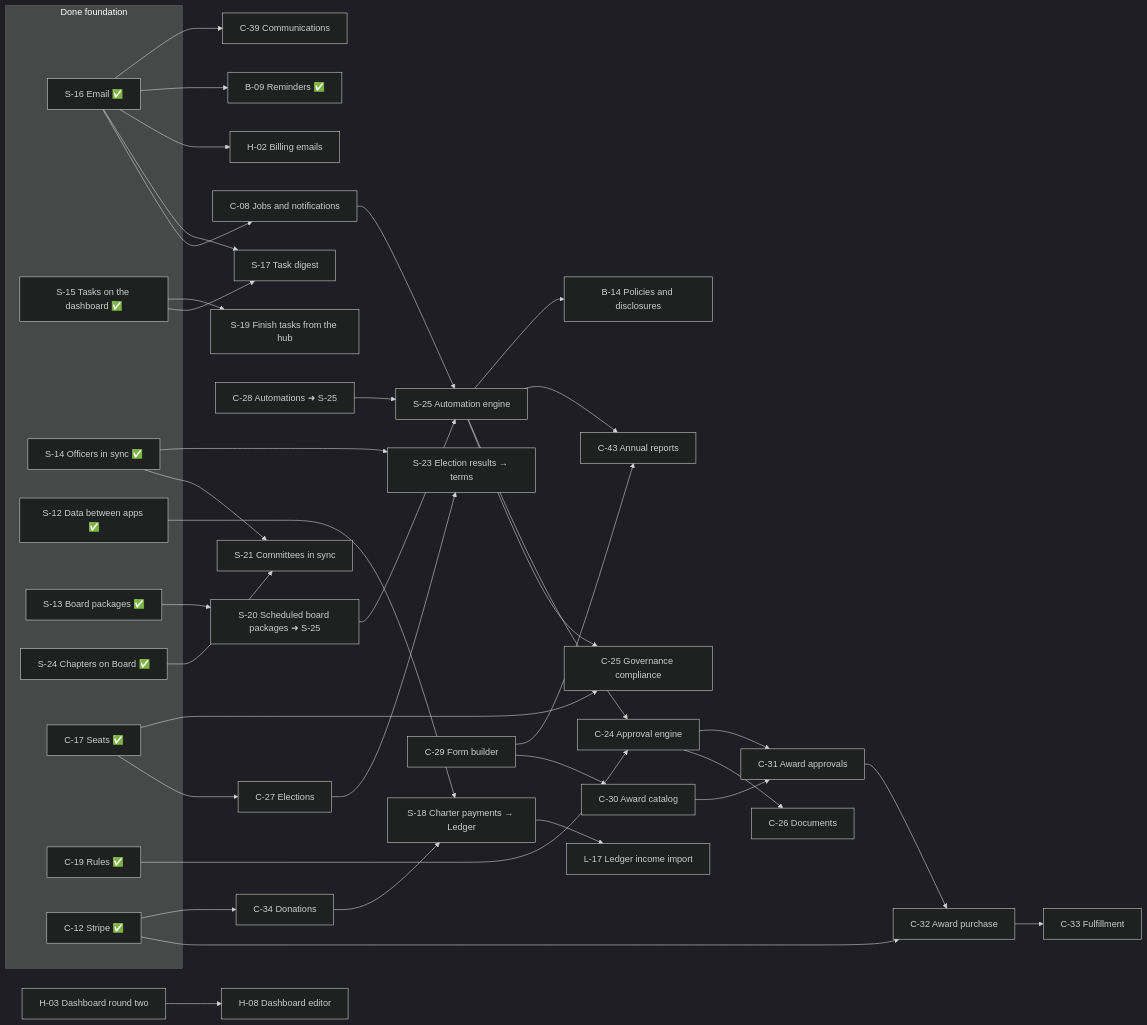
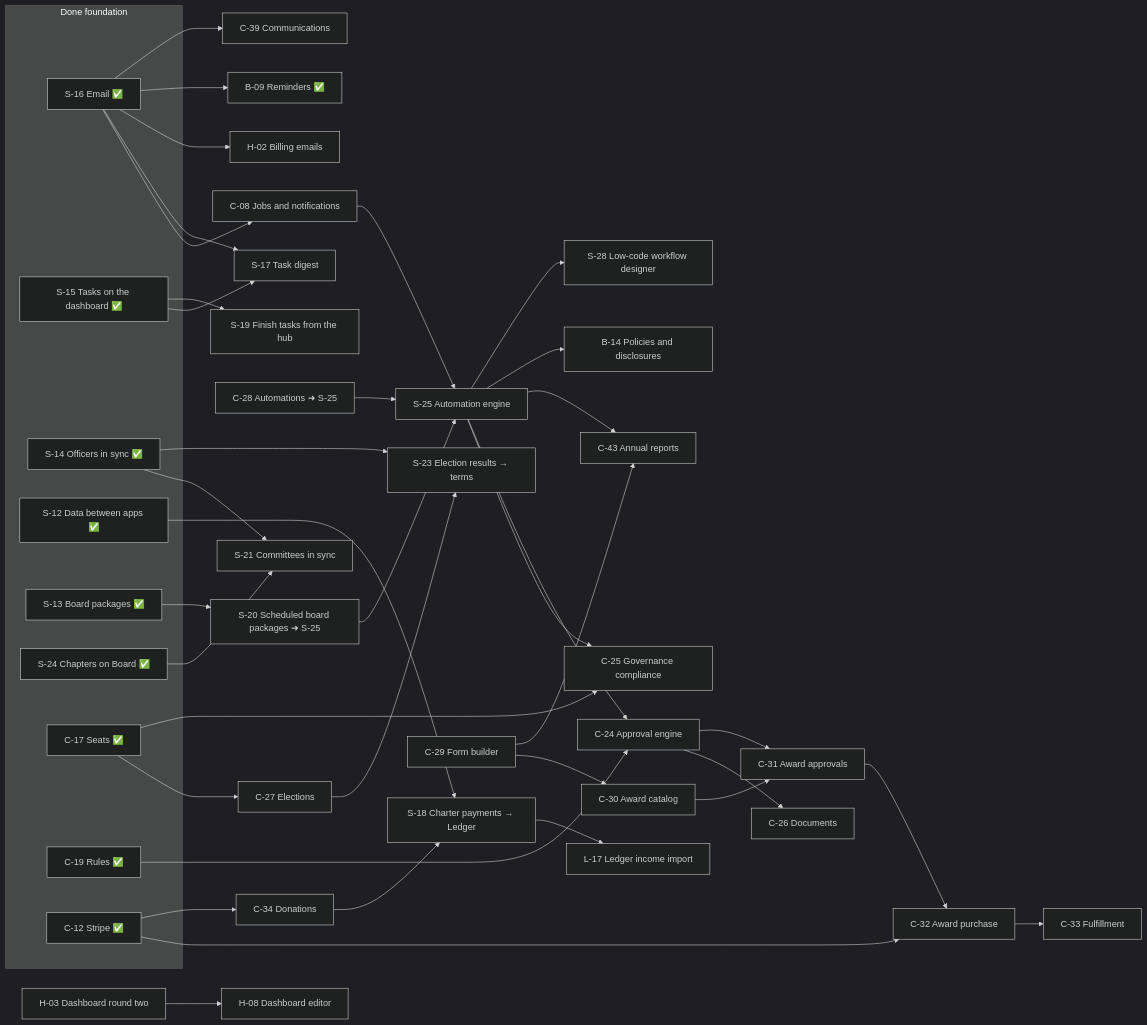
Before and after one commit to Nox-Mob/OpenAppHub: the diagram in docs/ROADMAP.md, drawn with Mermaid (dark theme). The commit also changed other lines of this file and 8 other files, not shown here.

Commit message:
Docs: S-25 part 2, S-19, H-04/H-06/H-07, B-15 done; S-28 low-code designer epic; database map regenerated; per-app roles and connectors in each app's integration notes

````diff
--- a/docs/ROADMAP.md
+++ b/docs/ROADMAP.md
@@ -66,69 +65,71 @@
 ```mermaid
 flowchart LR
     subgraph Foundation["Done foundation"]
         S16[S-16 Email ✅]
         S15[S-15 Tasks on the dashboard ✅]
         S14[S-14 Officers in sync ✅]
         S12[S-12 Data between apps ✅]
         S13[S-13 Board packages ✅]
         S24[S-24 Chapters on Board ✅]
         C17[C-17 Seats ✅]
         C19[C-19 Rules ✅]
         C12[C-12 Stripe ✅]
     end
     S25[S-25 Automation engine]
+    S28[S-28 Low-code workflow designer]
     C08[C-08 Jobs and notifications]
     S17[S-17 Task digest]
     S19[S-19 Finish tasks from the hub]
     S18[S-18 Charter payments → Ledger]
     L17[L-17 Ledger income import]
     S20[S-20 Scheduled board packages ➜ S-25]
     S21[S-21 Committees in sync]
     S23[S-23 Election results → terms]
     C24[C-24 Approval engine]
     C25[C-25 Governance compliance]
     C26[C-26 Documents]
     C27[C-27 Elections]
     C28[C-28 Automations ➜ S-25]
     C29[C-29 Form builder]
     C30[C-30 Award catalog]
     C31[C-31 Award approvals]
     C32[C-32 Award purchase]
     C33[C-33 Fulfillment]
     C34[C-34 Donations]
     C39[C-39 Communications]
     C43[C-43 Annual reports]
     H02[H-02 Billing emails]
     H03[H-03 Dashboard round two]
     H08[H-08 Dashboard editor]
     B09[B-09 Reminders ✅]
     B14[B-14 Policies and disclosures]
 
     S16 --> C08 --> S25
     S16 --> S17
     S15 --> S17
     S15 --> S19
     S16 --> H02
     S16 --> B09
     S16 --> C39
     S12 --> S18 --> L17
     S13 --> S20 --> S25
     S14 --> S21
     S14 --> S23
     C17 --> C27 --> S23
     C17 --> C25
     S25 --> C25
     S25 --> C24
     C19 --> C24
     C24 --> C26
     C24 --> C31
     C29 --> C30 --> C31 --> C32 --> C33
     C12 --> C32
     C29 --> C43
     S25 --> C43
     C12 --> C34 --> S18
     C28 --> S25
     S25 --> B14
+    S25 --> S28
     H03 --> H08
     S24 --> S21
 ```
````
